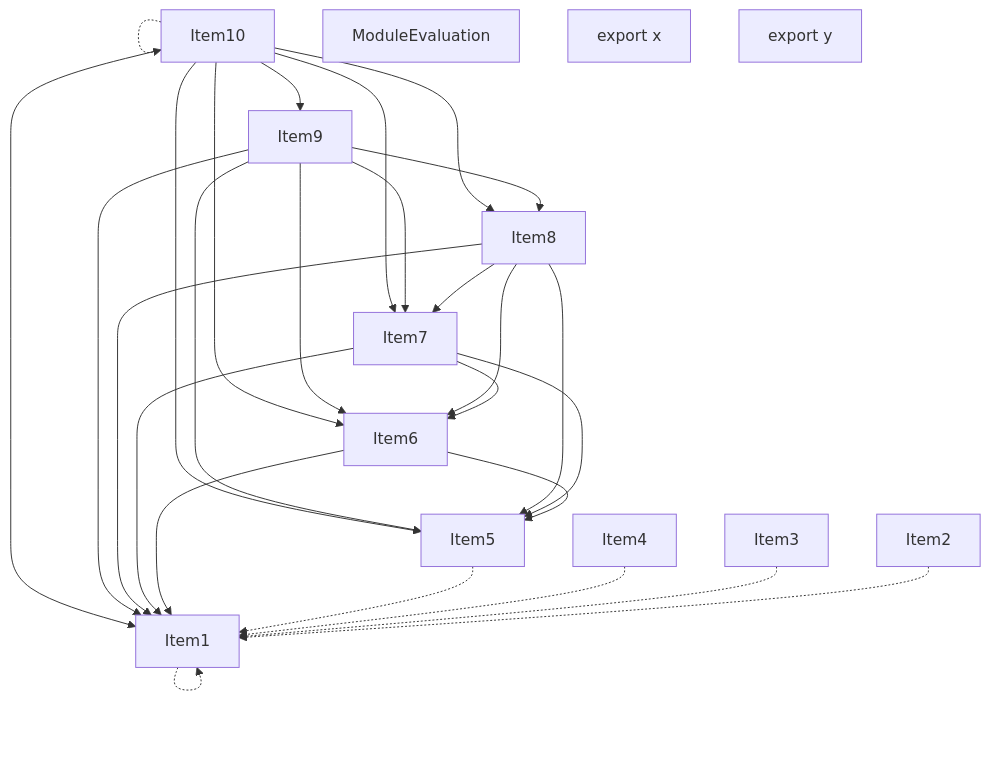
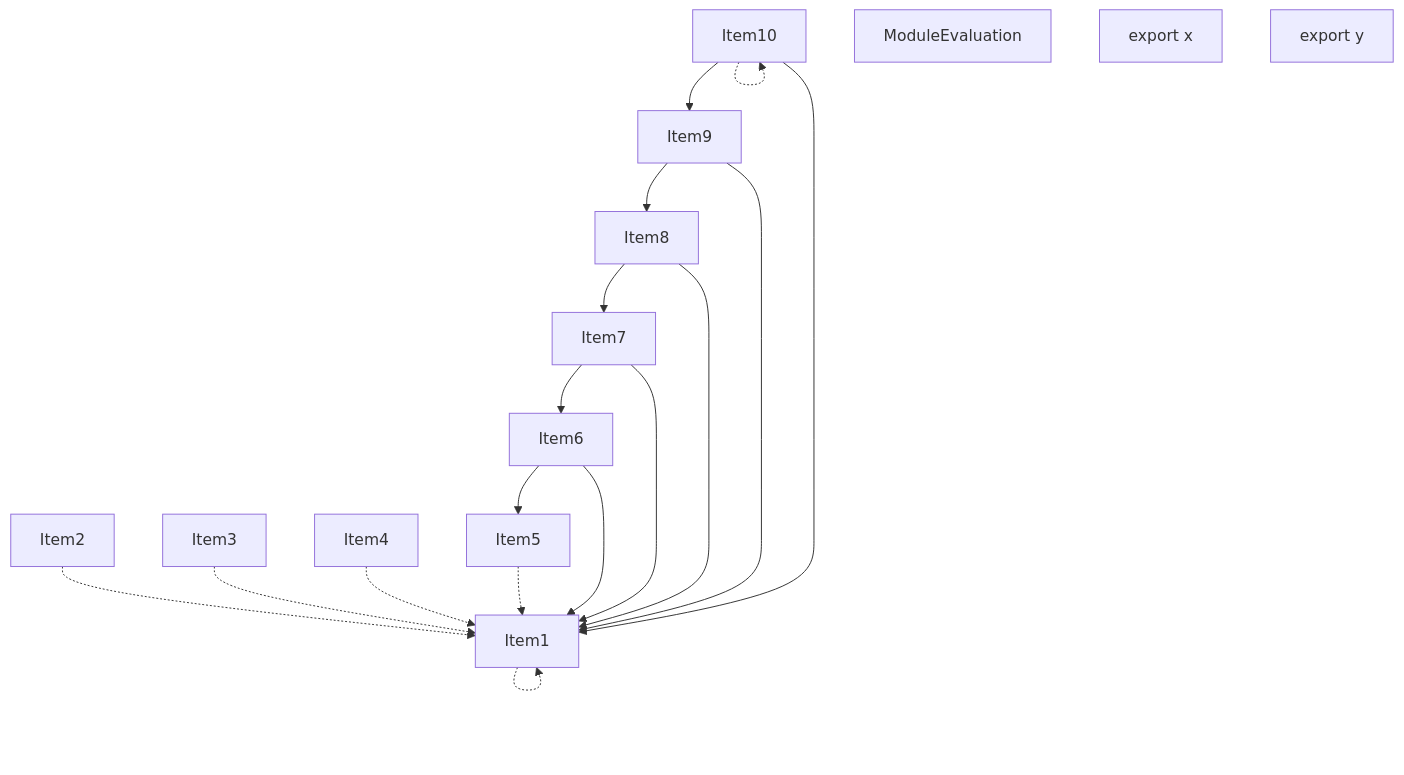
One commit to vercel/turborepo changed the third of 5 diagrams in crates/turbopack-ecmascript/tests/tree-shaker/analyzer/grouping/output.md. Above: the diagram before and after it, drawn with Mermaid. The commit also changed other lines of this file and 20 other files, not shown here.

````diff
--- a/crates/turbopack-ecmascript/tests/tree-shaker/analyzer/grouping/output.md
+++ b/crates/turbopack-ecmascript/tests/tree-shaker/analyzer/grouping/output.md
@@ -169,45 +159,35 @@
 ```mermaid
 graph TD
     Item1;
     Item2;
     Item3;
     Item4;
     Item5;
     Item6;
     Item7;
     Item8;
     Item9;
     Item10;
     Item11;
     Item11["ModuleEvaluation"];
     Item12;
     Item12["export x"];
     Item13;
     Item13["export y"];
     Item1 -.-> Item1;
     Item2 -.-> Item1;
     Item3 -.-> Item1;
     Item4 -.-> Item1;
     Item5 -.-> Item1;
+    Item6 --> Item5;
     Item6 --> Item1;
-    Item6 --> Item5;
+    Item7 --> Item6;
     Item7 --> Item1;
-    Item7 --> Item5;
-    Item7 --> Item6;
+    Item8 --> Item7;
     Item8 --> Item1;
-    Item8 --> Item5;
-    Item8 --> Item6;
-    Item8 --> Item7;
+    Item9 --> Item8;
     Item9 --> Item1;
-    Item9 --> Item5;
-    Item9 --> Item6;
-    Item9 --> Item7;
-    Item9 --> Item8;
+    Item10 --> Item9;
     Item10 --> Item1;
-    Item10 --> Item5;
-    Item10 --> Item6;
-    Item10 --> Item7;
-    Item10 --> Item8;
-    Item10 --> Item9;
     Item10 -.-> Item10;
 ```
````
